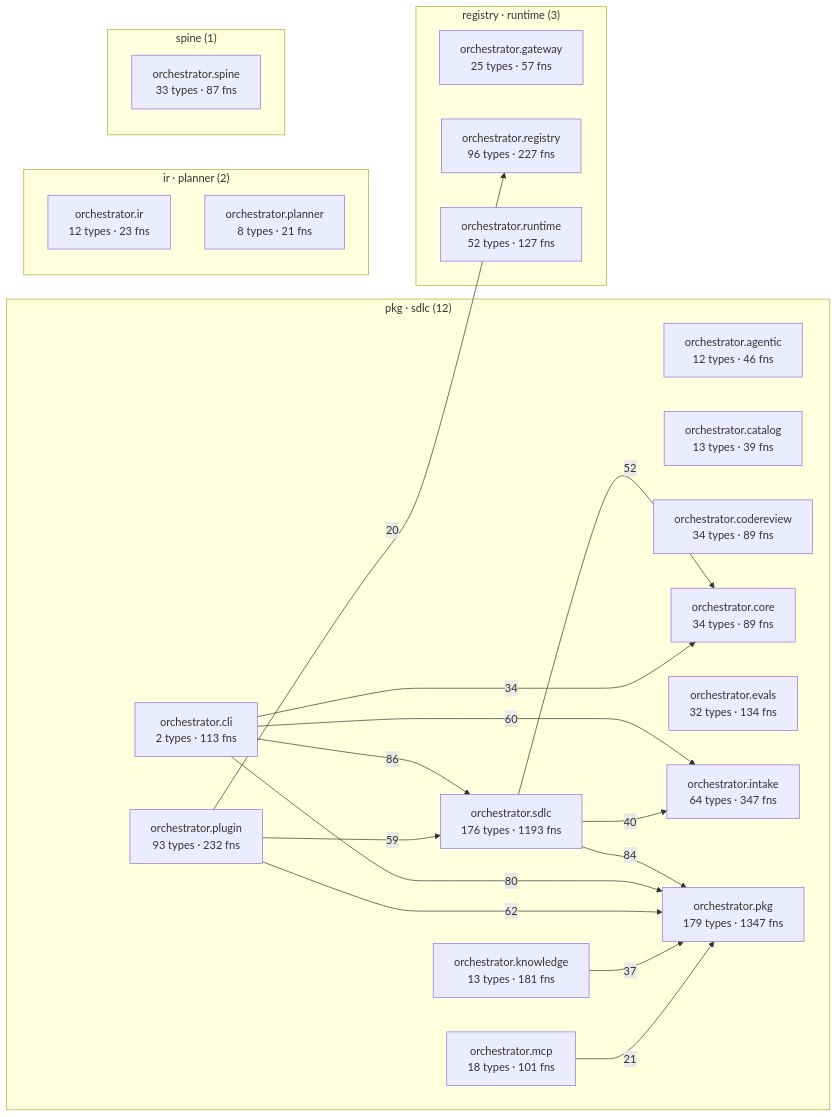
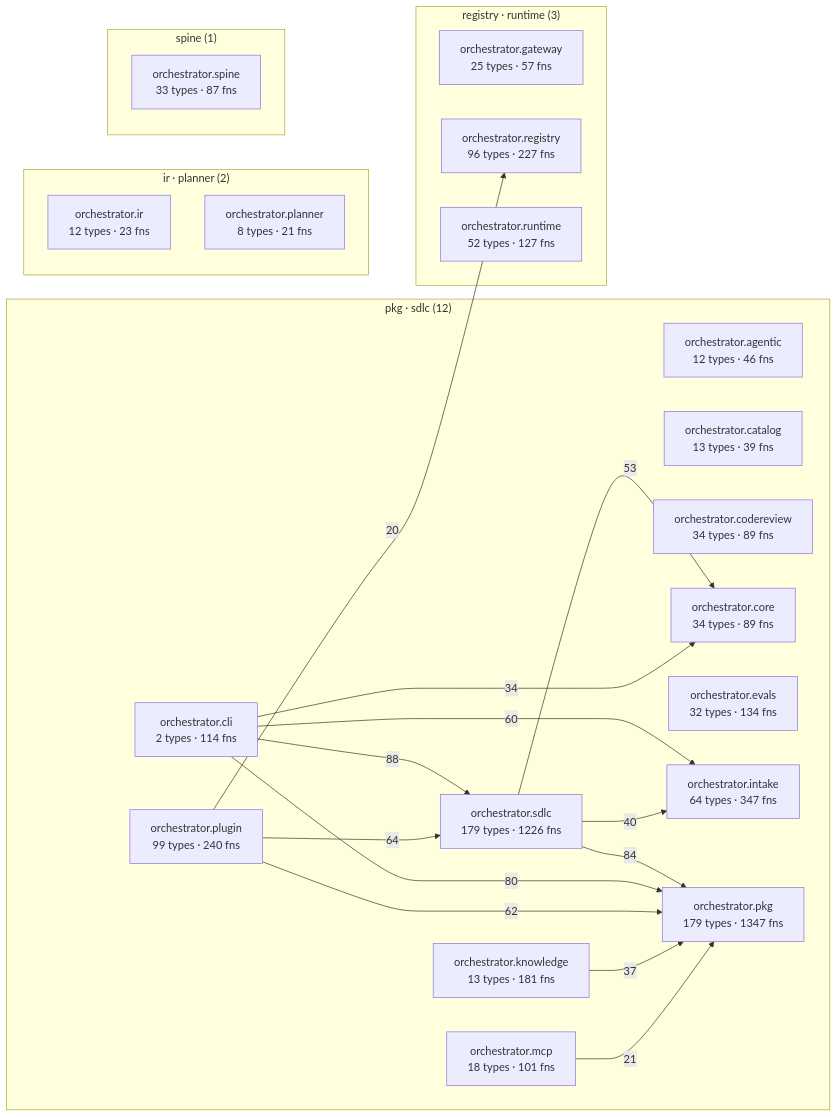
Before and after one commit to synaptixs/spine: the diagram in episteme/architecture.md, drawn with Mermaid. The commit also changed other lines of this file and 26 other files, not shown here.

````diff
--- a/episteme/architecture.md
+++ b/episteme/architecture.md
@@ -56,41 +56,41 @@
 ```mermaid
 flowchart LR
   subgraph c_2["pkg · sdlc (12)"]
     aorchestratoragentic["orchestrator.agentic<br/>12 types · 46 fns"]
     aorchestratorcatalog["orchestrator.catalog<br/>13 types · 39 fns"]
-    aorchestratorcli["orchestrator.cli<br/>2 types · 113 fns"]
+    aorchestratorcli["orchestrator.cli<br/>2 types · 114 fns"]
     aorchestratorcodereview["orchestrator.codereview<br/>34 types · 89 fns"]
     aorchestratorcore["orchestrator.core<br/>34 types · 89 fns"]
     aorchestratorevals["orchestrator.evals<br/>32 types · 134 fns"]
     aorchestratorintake["orchestrator.intake<br/>64 types · 347 fns"]
     aorchestratorknowledge["orchestrator.knowledge<br/>13 types · 181 fns"]
     aorchestratormcp["orchestrator.mcp<br/>18 types · 101 fns"]
     aorchestratorpkg["orchestrator.pkg<br/>179 types · 1347 fns"]
-    aorchestratorplugin["orchestrator.plugin<br/>93 types · 232 fns"]
-    aorchestratorsdlc["orchestrator.sdlc<br/>176 types · 1193 fns"]
+    aorchestratorplugin["orchestrator.plugin<br/>99 types · 240 fns"]
+    aorchestratorsdlc["orchestrator.sdlc<br/>179 types · 1226 fns"]
   end
   subgraph c_5["registry · runtime (3)"]
     aorchestratorgateway["orchestrator.gateway<br/>25 types · 57 fns"]
     aorchestratorregistry["orchestrator.registry<br/>96 types · 227 fns"]
     aorchestratorruntime["orchestrator.runtime<br/>52 types · 127 fns"]
   end
   subgraph c_7["ir · planner (2)"]
     aorchestratorir["orchestrator.ir<br/>12 types · 23 fns"]
     aorchestratorplanner["orchestrator.planner<br/>8 types · 21 fns"]
   end
   subgraph c_12["spine (1)"]
     aorchestratorspine["orchestrator.spine<br/>33 types · 87 fns"]
   end
-  aorchestratorcli -->|86| aorchestratorsdlc
+  aorchestratorcli -->|88| aorchestratorsdlc
   aorchestratorsdlc -->|84| aorchestratorpkg
   aorchestratorcli -->|80| aorchestratorpkg
+  aorchestratorplugin -->|64| aorchestratorsdlc
   aorchestratorplugin -->|62| aorchestratorpkg
   aorchestratorcli -->|60| aorchestratorintake
-  aorchestratorplugin -->|59| aorchestratorsdlc
-  aorchestratorsdlc -->|52| aorchestratorcore
+  aorchestratorsdlc -->|53| aorchestratorcore
   aorchestratorsdlc -->|40| aorchestratorintake
   aorchestratorknowledge -->|37| aorchestratorpkg
   aorchestratorcli -->|34| aorchestratorcore
   aorchestratormcp -->|21| aorchestratorpkg
   aorchestratorplugin -->|20| aorchestratorregistry
 ```
````
